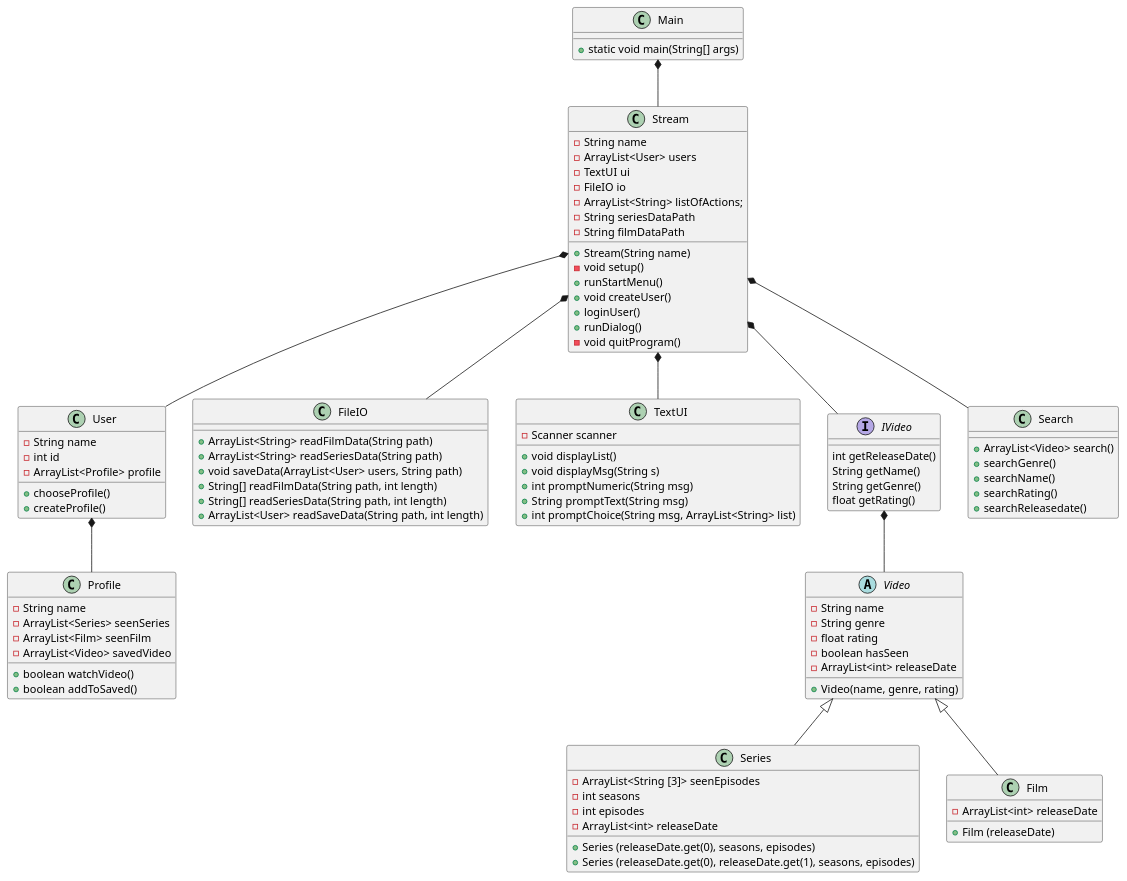
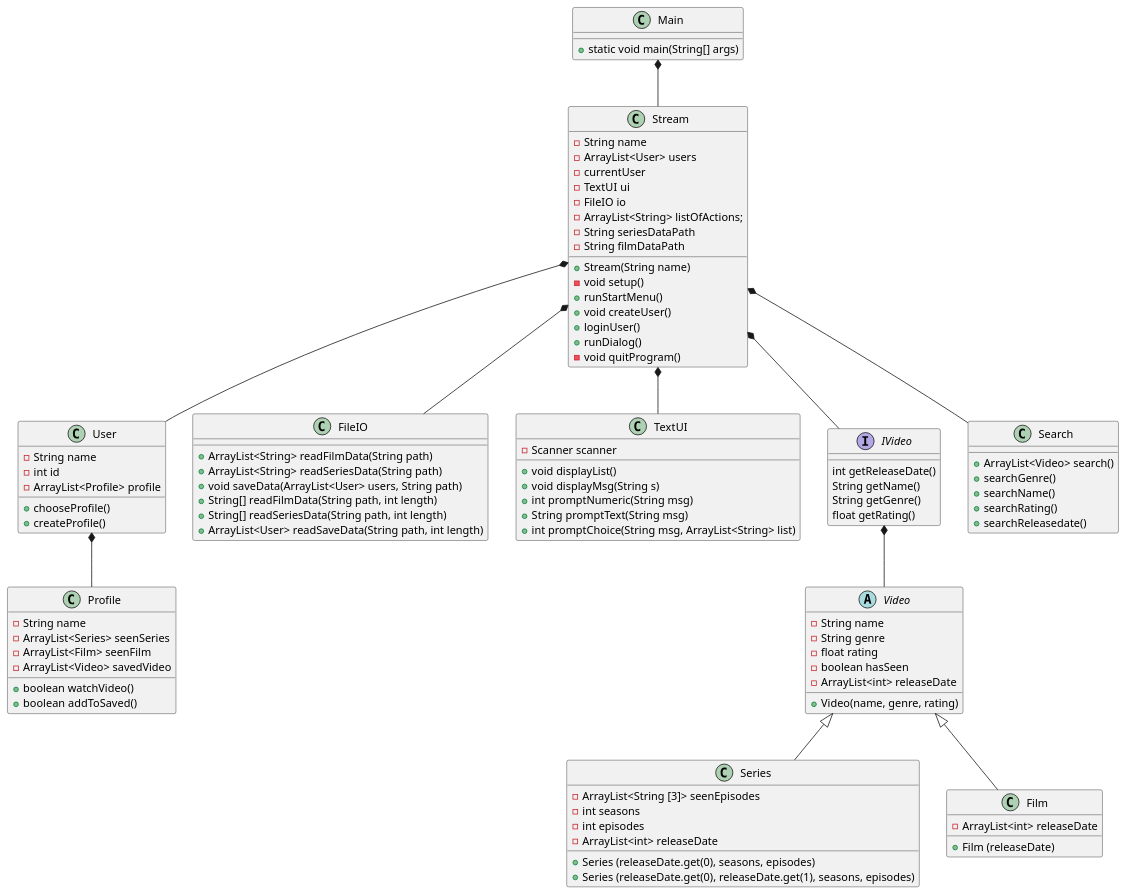
Before and after one commit to Gervig/SP3-Gruppe-C: the diagram in doc/Plan/static/classdiagram.puml, drawn with PlantUML. The commit also changed 1 other file, not shown here.

```diff
--- a/doc/Plan/static/classdiagram.puml
+++ b/doc/Plan/static/classdiagram.puml
@@ -1,133 +1,134 @@
 @startuml
 'https://plantuml.com/class-diagram
 
 class Main{
 + static void main(String[] args)
 }
 
 class Stream{
 - String name
 'utilities
 - ArrayList<User> users
+- currentUser
 - TextUI ui
 - FileIO io
 - ArrayList<String> listOfActions;
 - String seriesDataPath
 - String filmDataPath
 'constructor
 + Stream(String name)
 'methods
 - void setup()
 ' setup er til er at læse data
 + runStartMenu()
 + void createUser()
 ' skal createUser være void? Det er den i matador
 ' createUser skal vel checke om der er andre med det brugernavn
 + loginUser()
 ' skal loginUser være void?
 ' den skal vel checke om der er en user med det username
 + runDialog()
 ' i runDialog kan man vælge at søge
 - void quitProgram()
 }
 
 
 class User{
 -String name
 - int id
 -ArrayList<Profile> profile
 + chooseProfile()
 + createProfile()
 ' skal den checke om den user har en profil med det brugernavn?
 }
 
 class Profile{
 - String name
 - ArrayList<Series> seenSeries
 - ArrayList<Film> seenFilm
 - ArrayList<Video> savedVideo
 + boolean watchVideo()
 + boolean addToSaved()
 'bør disse være under IVideo eller video i stedet?
 
 }
 class FileIO{
 + ArrayList<String> readFilmData(String path)
 + ArrayList<String> readSeriesData(String path)
 + void saveData(ArrayList<User> users, String path)
 + String[] readFilmData(String path, int length)
 + String[] readSeriesData(String path, int length)
 + ArrayList<User> readSaveData(String path, int length)
 }
 
 class TextUI{
 - Scanner scanner
 + void displayList()
 + void displayMsg(String s)
 + int promptNumeric(String msg)
 + String promptText(String msg)
 + int promptChoice(String msg, ArrayList<String> list)
 }
 
 interface IVideo {
 int getReleaseDate()
 String getName()
 String getGenre()
 float getRating()
 }
 
 abstract Class Video{
 - String name
 - String genre
 - float rating
 - boolean hasSeen
 - ArrayList<int> releaseDate
 'constructor
 + Video(name, genre, rating)
 }
 
 class Series{
 - ArrayList<String [3]> seenEpisodes
 - int seasons
 - int episodes
 - ArrayList<int> releaseDate
 'constructor - hvis serien ikke er slut
 + Series (releaseDate.get(0), seasons, episodes)
 'constructor - hvis serien er afsluttet
 + Series (releaseDate.get(0), releaseDate.get(1), seasons, episodes)
 }
 
 class Film {
 - ArrayList<int> releaseDate
 'constructor
 + Film (releaseDate)
 }
 
 
 class Search{
 + ArrayList<Video> search()
 'methods til de forskellige søgemuligheder
 ' Skal disse returnere objekterne fra video?
 + searchGenre()
 + searchName()
 + searchRating()
 + searchReleasedate()
 'skal vi have funktioner der kun søger blandt serier og film adskilt?
 }
 
 IVideo *-- Video
 
 Video <|-- Series
 Video <|-- Film
 
 User *-- Profile
 
 Main *-- Stream
 
 Stream *-- User
 Stream *-- FileIO
 Stream *-- TextUI
 Stream *-- IVideo
 Stream *-- Search
 
 @enduml
```
